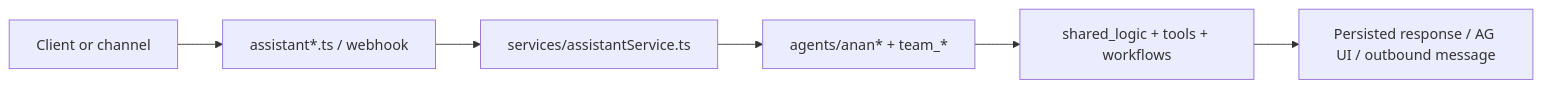
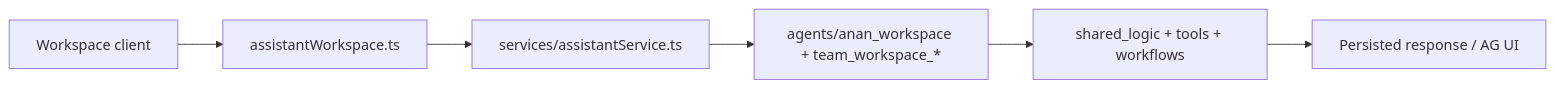
The diagram in convex/ai_zone/ZONE_README.md (Up-to-code/anan-ai), drawn with Mermaid before and after one commit. The commit also changed other lines of this file and 1668 other files, not shown here.

````diff
--- a/convex/ai_zone/ZONE_README.md
+++ b/convex/ai_zone/ZONE_README.md
@@ -18,8 +17,8 @@
 ```mermaid
 flowchart LR
-  A["Client or channel"] --> B["assistant*.ts / webhook"]
+  A["Workspace client"] --> B["assistantWorkspace.ts"]
   B --> C["services/assistantService.ts"]
-  C --> D["agents/anan* + team_*"]
+  C --> D["agents/anan_workspace + team_workspace_*"]
   D --> E["shared_logic + tools + workflows"]
-  E --> F["Persisted response / AG UI / outbound message"]
+  E --> F["Persisted response / AG UI"]
 ```
````
